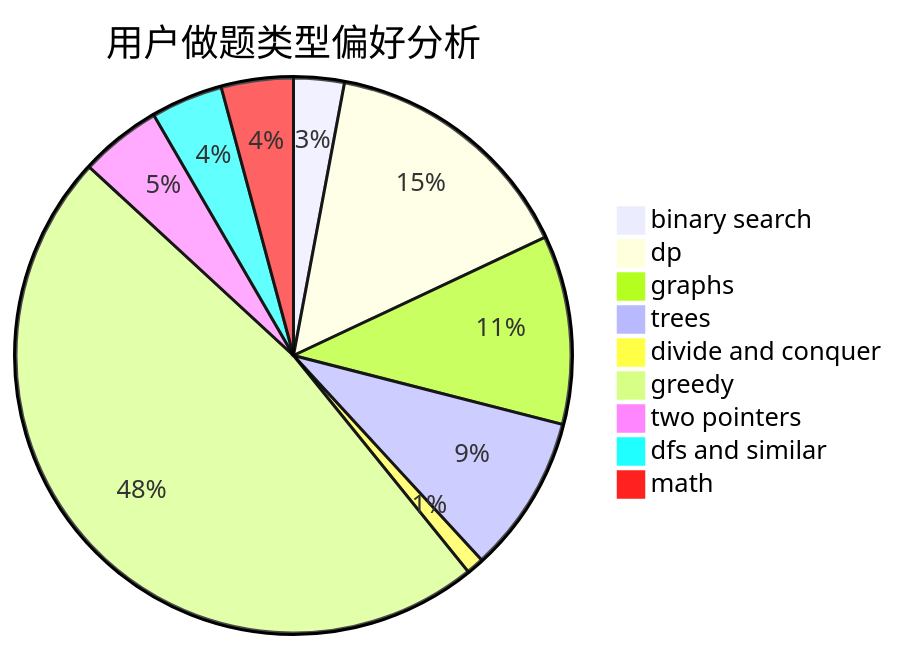
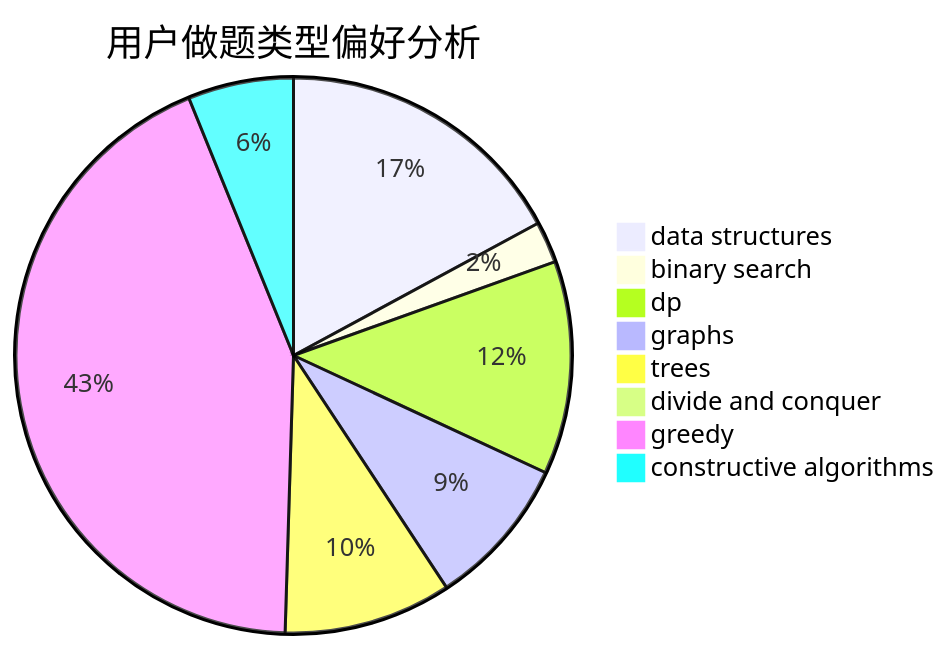
Before and after one commit to sherpahu/cfrs.github.io: the second of 3 diagrams in docs/user/u1232.md, drawn with Mermaid. The commit also changed other lines of this file and 2775 other files, not shown here.

````diff
--- a/docs/user/u1232.md
+++ b/docs/user/u1232.md
@@ -23,12 +23,11 @@
 ```mermaid
 pie title 用户做题类型偏好分析
-    "binary search" :  26
-    "dp" :  133
-    "graphs" :  97
+    "data structures" :  142
+    "binary search" :  20
+    "dp" :  103
+    "graphs" :  73
     "trees" :  81
-    "divide and conquer" :  9
-    "greedy" :  421
-    "two pointers" :  42
-    "dfs and similar" :  37
-    "math" :  37
+    "divide and conquer" :  8
+    "greedy" :  360
+    "constructive algorithms" :  51
 ```
````
